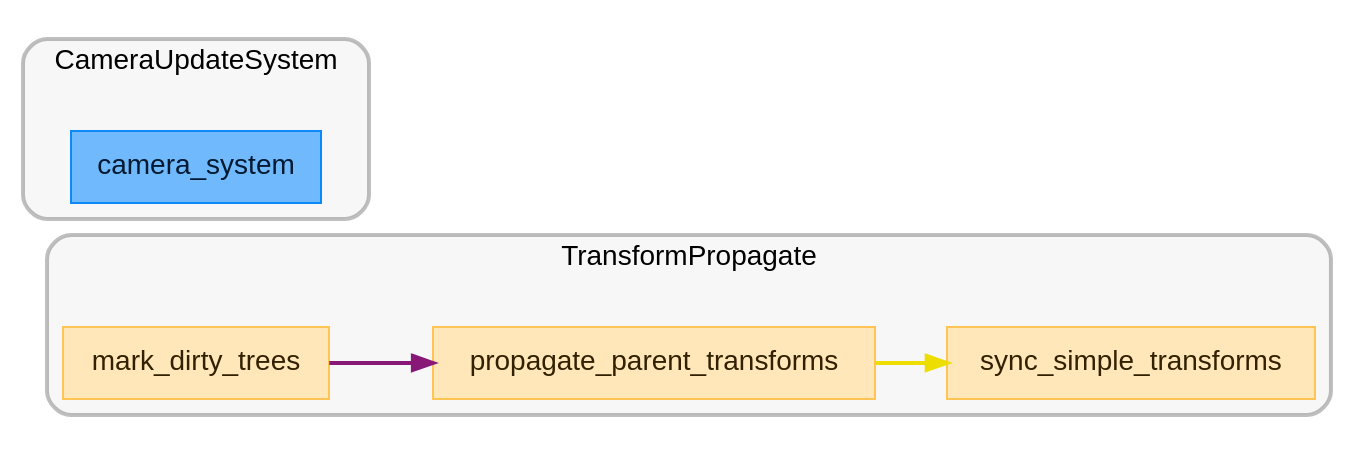
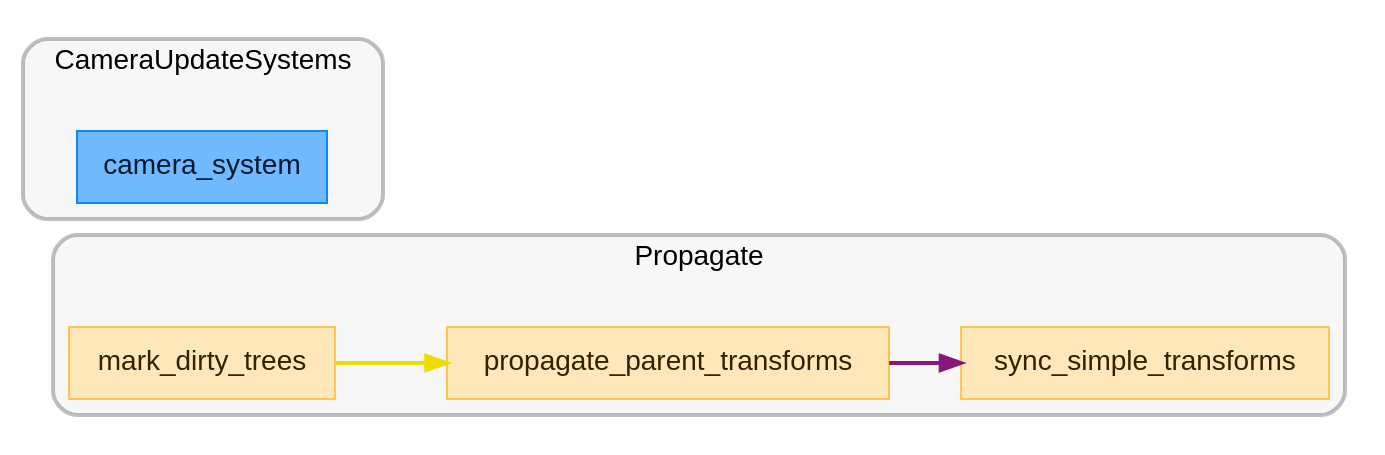
One commit to jakobhellermann/bevy_mod_debugdump changed the diagram in docs/schedule/light/schedule_PostStartup.dot. Above: the diagram before and after it, drawn with Graphviz. The commit also changed 86 other files, not shown here.

```diff
--- a/docs/schedule/light/schedule_PostStartup.dot
+++ b/docs/schedule/light/schedule_PostStartup.dot
@@ -1,38 +1,38 @@
 digraph "" {
 	"compound"="true";
 	"splines"="spline";
 	"rankdir"="LR";
 	"bgcolor"="white";
 	"fontname"="Helvetica";
 	"nodesep"="0.15";
 	edge ["penwidth"="2"];
 	node ["shape"="box", "style"="filled"];
-	subgraph "clusternode_Set(1)" {
+	subgraph "clusternode_Set(SystemSetKey(2v1))" {
 		"style"="rounded,filled";
-		"label"="TransformPropagate";
-		"tooltip"="TransformPropagate";
+		"label"="Propagate";
+		"tooltip"="Propagate";
 		"fillcolor"="#00000008";
 		"fontcolor"="#000000";
 		"color"="#00000040";
 		"penwidth"="2";
-		"set_marker_node_Set(1)" ["style"="invis", "label"="", "shape"="point"]
-		"node_System(0)" ["label"="mark_dirty_trees", "tooltip"="bevy_transform::systems::mark_dirty_trees", "fillcolor"="#ffe7b9", "fontname"="Helvetica", "fontcolor"="#322100", "color"="#ffc453", "penwidth"="1"]
-		"node_System(1)" ["label"="propagate_parent_transforms", "tooltip"="bevy_transform::systems::parallel::propagate_parent_transforms", "fillcolor"="#ffe7b9", "fontname"="Helvetica", "fontcolor"="#322100", "color"="#ffc453", "penwidth"="1"]
-		"node_System(2)" ["label"="sync_simple_transforms", "tooltip"="bevy_transform::systems::sync_simple_transforms", "fillcolor"="#ffe7b9", "fontname"="Helvetica", "fontcolor"="#322100", "color"="#ffc453", "penwidth"="1"]
+		"set_marker_node_Set(SystemSetKey(2v1))" ["style"="invis", "label"="", "shape"="point"]
+		"node_System(SystemKey(1v1))" ["label"="mark_dirty_trees", "tooltip"="bevy_transform::systems::mark_dirty_trees", "fillcolor"="#ffe7b9", "fontname"="Helvetica", "fontcolor"="#322100", "color"="#ffc453", "penwidth"="1"]
+		"node_System(SystemKey(2v1))" ["label"="propagate_parent_transforms", "tooltip"="bevy_transform::systems::parallel::propagate_parent_transforms", "fillcolor"="#ffe7b9", "fontname"="Helvetica", "fontcolor"="#322100", "color"="#ffc453", "penwidth"="1"]
+		"node_System(SystemKey(3v1))" ["label"="sync_simple_transforms", "tooltip"="bevy_transform::systems::sync_simple_transforms", "fillcolor"="#ffe7b9", "fontname"="Helvetica", "fontcolor"="#322100", "color"="#ffc453", "penwidth"="1"]
 	}
 	
-	subgraph "clusternode_Set(5)" {
+	subgraph "clusternode_Set(SystemSetKey(6v1))" {
 		"style"="rounded,filled";
-		"label"="CameraUpdateSystem";
-		"tooltip"="CameraUpdateSystem";
+		"label"="CameraUpdateSystems";
+		"tooltip"="CameraUpdateSystems";
 		"fillcolor"="#00000008";
 		"fontcolor"="#000000";
 		"color"="#00000040";
 		"penwidth"="2";
-		"set_marker_node_Set(5)" ["style"="invis", "label"="", "shape"="point"]
-		"node_System(3)" ["label"="camera_system", "tooltip"="bevy_render::camera::camera::camera_system", "fillcolor"="#70b9fc", "fontname"="Helvetica", "fontcolor"="#011a31", "color"="#0c88f9", "penwidth"="1"]
+		"set_marker_node_Set(SystemSetKey(6v1))" ["style"="invis", "label"="", "shape"="point"]
+		"node_System(SystemKey(4v1))" ["label"="camera_system", "tooltip"="bevy_render::camera::camera_system", "fillcolor"="#70b9fc", "fontname"="Helvetica", "fontcolor"="#011a31", "color"="#0c88f9", "penwidth"="1"]
 	}
 	
-	"node_System(1)" -> "node_System(2)" ["lhead"="", "ltail"="", "tooltip"="propagate_parent_transforms → sync_simple_transforms", "color"="#eede00"]
-	"node_System(0)" -> "node_System(1)" ["lhead"="", "ltail"="", "tooltip"="mark_dirty_trees → propagate_parent_transforms", "color"="#881877"]
+	"node_System(SystemKey(1v1))" -> "node_System(SystemKey(2v1))" ["lhead"="", "ltail"="", "tooltip"="mark_dirty_trees → propagate_parent_transforms", "color"="#eede00"]
+	"node_System(SystemKey(2v1))" -> "node_System(SystemKey(3v1))" ["lhead"="", "ltail"="", "tooltip"="propagate_parent_transforms → sync_simple_transforms", "color"="#881877"]
 }
```
